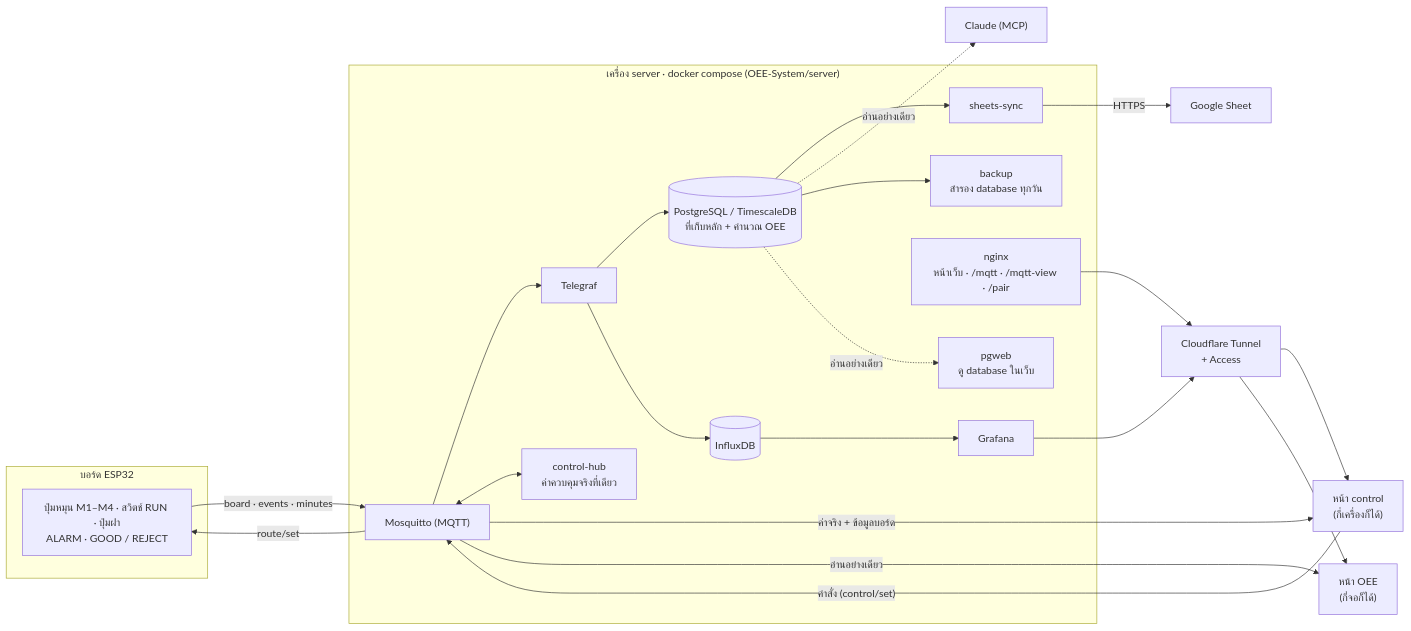
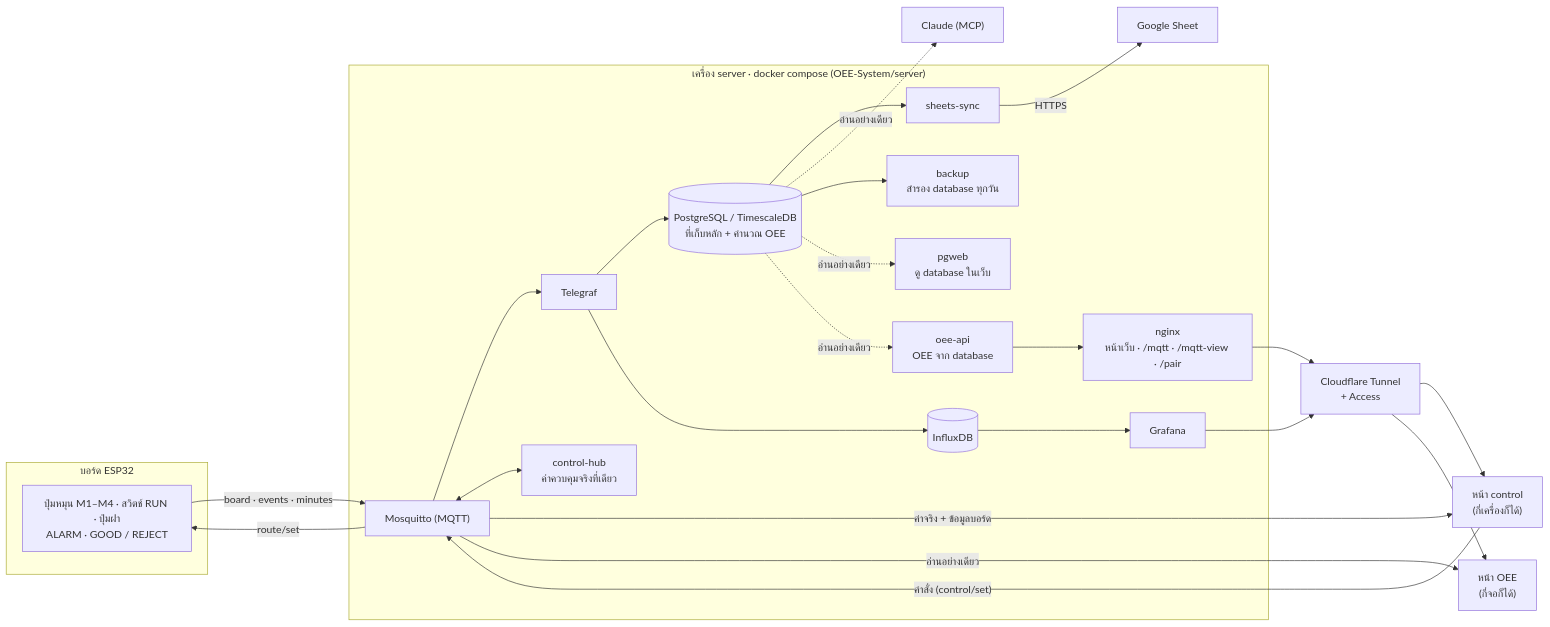
Before and after one commit to tazriqq/Smart-Factory-G3: the diagram in README.md, drawn with Mermaid. The commit also changed other lines of this file and 15 other files, not shown here.

````diff
--- a/README.md
+++ b/README.md
@@ -29,42 +36,44 @@
 ```mermaid
 flowchart LR
     subgraph board["บอร์ด ESP32"]
         hw["ปุ่มหมุน M1–M4 · สวิตช์ RUN · ปุ่มฝา<br/>ALARM · GOOD / REJECT"]
     end
 
     subgraph server["เครื่อง server · docker compose (OEE-System/server)"]
         mq["Mosquitto (MQTT)"]
         hub["control-hub<br/>ค่าควบคุมจริงที่เดียว"]
         tg["Telegraf"]
         pg[("PostgreSQL / TimescaleDB<br/>ที่เก็บหลัก + คำนวณ OEE")]
         ifx[("InfluxDB")]
         gf["Grafana"]
         ss["sheets-sync"]
         web["nginx<br/>หน้าเว็บ · /mqtt · /mqtt-view · /pair"]
         bk["backup<br/>สำรอง database ทุกวัน"]
         pw["pgweb<br/>ดู database ในเว็บ"]
+        api["oee-api<br/>OEE จาก database"]
     end
 
     ctl["หน้า control<br/>(กี่เครื่องก็ได้)"]
     oee["หน้า OEE<br/>(กี่จอก็ได้)"]
     gs["Google Sheet"]
     claude["Claude (MCP)"]
     cf["Cloudflare Tunnel<br/>+ Access"]
 
     hw -- "board · events · minutes" --> mq
     mq -- "route/set" --> hw
     mq --> tg --> pg
     tg --> ifx --> gf
     pg --> ss -- HTTPS --> gs
     pg -. "อ่านอย่างเดียว" .-> claude
     pg --> bk
     pg -. "อ่านอย่างเดียว" .-> pw
+    pg -. "อ่านอย่างเดียว" .-> api --> web
     ctl -- "คำสั่ง (control/set)" --> mq
     mq <--> hub
     mq -- "ค่าจริง + ข้อมูลบอร์ด" --> ctl
     mq -- "อ่านอย่างเดียว" --> oee
     web --> cf
     gf --> cf
     cf --> ctl
     cf --> oee
 ```
````
